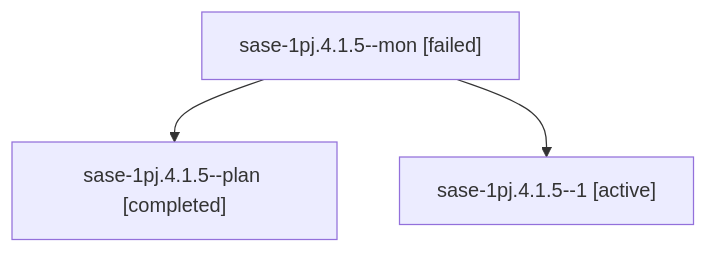
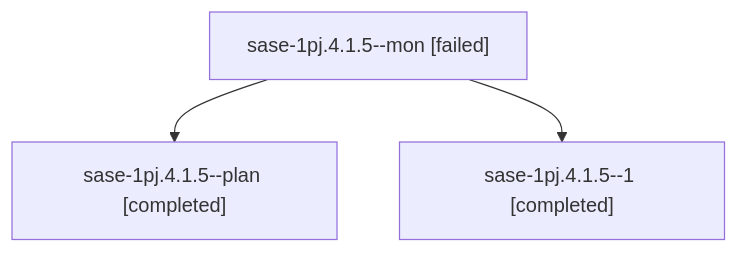
Before and after one commit to sase-org/sase--agents: the diagram in sessions/bbugyi200.athena.sase-1pj.4.1.5.md, drawn with Mermaid. The commit also changed other lines of this file and 119 other files, not shown here.

````diff
--- a/sessions/bbugyi200.athena.sase-1pj.4.1.5.md
+++ b/sessions/bbugyi200.athena.sase-1pj.4.1.5.md
@@ -9,8 +9,8 @@
 ```mermaid
 flowchart TD
   n0["sase-1pj.4.1.5--mon [failed]"]
   n1["sase-1pj.4.1.5--plan [completed]"]
   n0 --> n1
-  n2["sase-1pj.4.1.5--1 [active]"]
+  n2["sase-1pj.4.1.5--1 [completed]"]
   n0 --> n2
 ```
````
